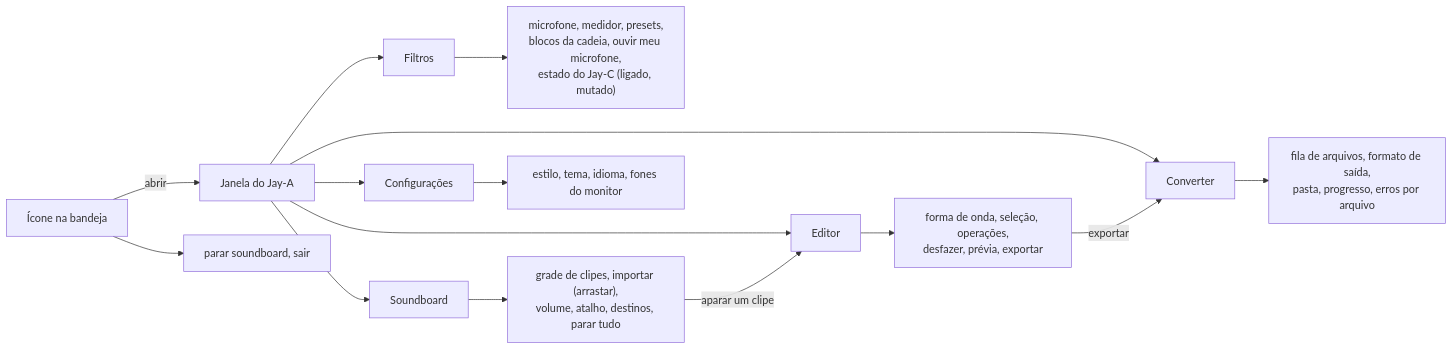
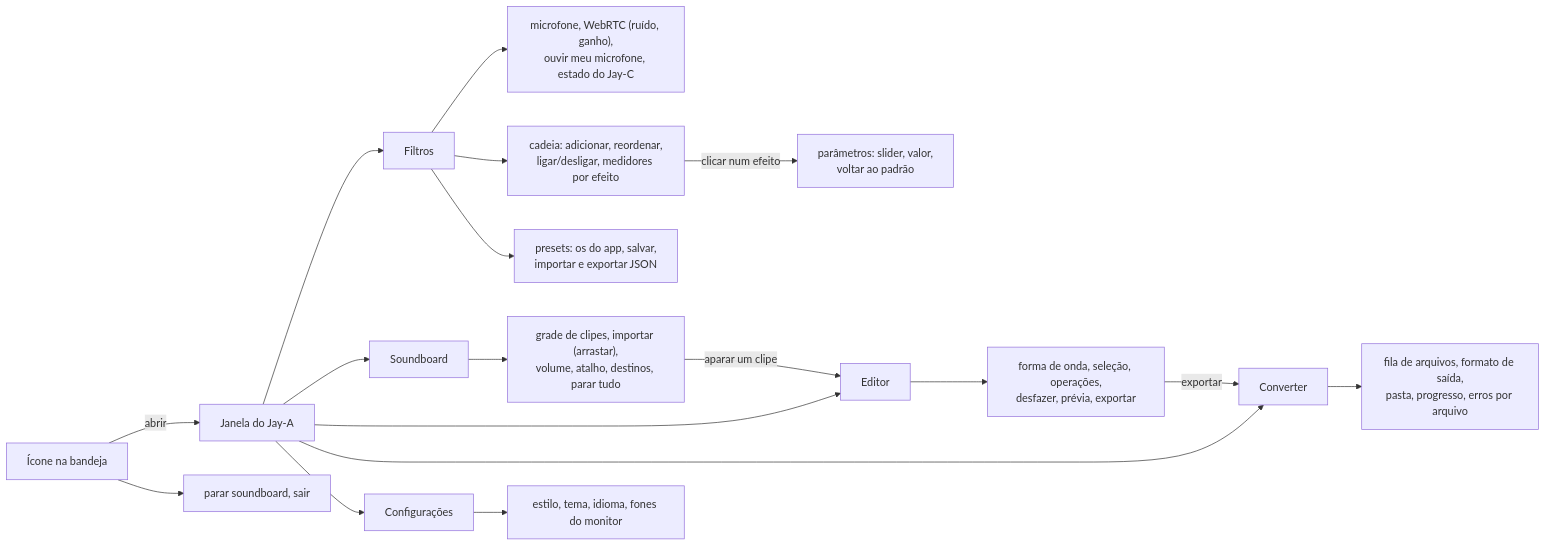
The second of 9 diagrams in docs/ARQUITETURA.md (TyxMatty/Jay-A), drawn with Mermaid before and after one commit. The commit also changed other lines of this file and 7 other files, not shown here.

````diff
--- a/docs/ARQUITETURA.md
+++ b/docs/ARQUITETURA.md
@@ -98,17 +142,20 @@
 ```mermaid
 flowchart LR
   APP["Janela do Jay-A"] --> F["Filtros"]
   APP --> S["Soundboard"]
   APP --> E["Editor"]
   APP --> C["Converter"]
   APP --> CFG["Configurações"]
-  F --> F1["microfone, medidor, presets,<br/>blocos da cadeia, ouvir meu microfone,<br/>estado do Jay-C (ligado, mutado)"]
+  F --> F0["microfone, WebRTC (ruído, ganho),<br/>ouvir meu microfone, estado do Jay-C"]
+  F --> F1["cadeia: adicionar, reordenar,<br/>ligar/desligar, medidores por efeito"]
+  F --> F2["presets: os do app, salvar,<br/>importar e exportar JSON"]
+  F1 -- "clicar num efeito" --> F3["parâmetros: slider, valor,<br/>voltar ao padrão"]
   S --> S1["grade de clipes, importar (arrastar),<br/>volume, atalho, destinos, parar tudo"]
   S1 -- "aparar um clipe" --> E
   E --> E1["forma de onda, seleção, operações,<br/>desfazer, prévia, exportar"]
   E1 -- "exportar" --> C
   C --> C1["fila de arquivos, formato de saída,<br/>pasta, progresso, erros por arquivo"]
   CFG --> CFG1["estilo, tema, idioma, fones do monitor"]
   TRAY["Ícone na bandeja"] -- "abrir" --> APP
   TRAY --> T1["parar soundboard, sair"]
 ```
````
